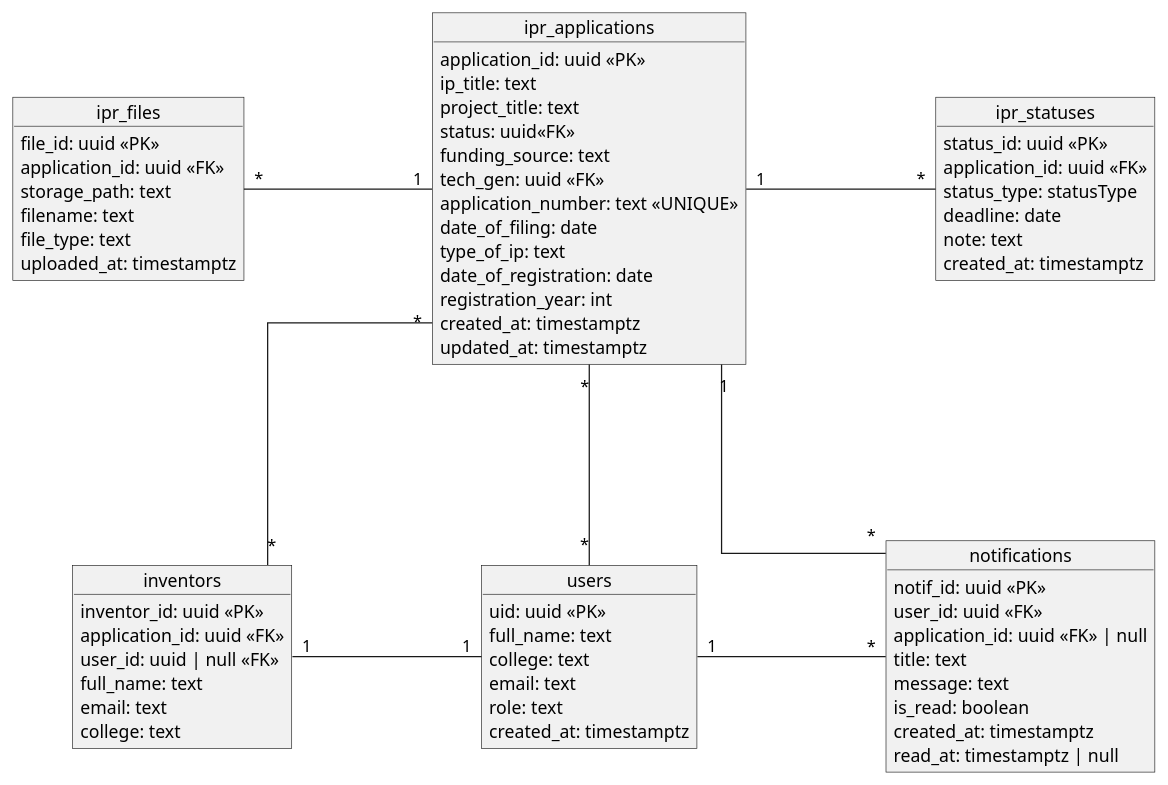
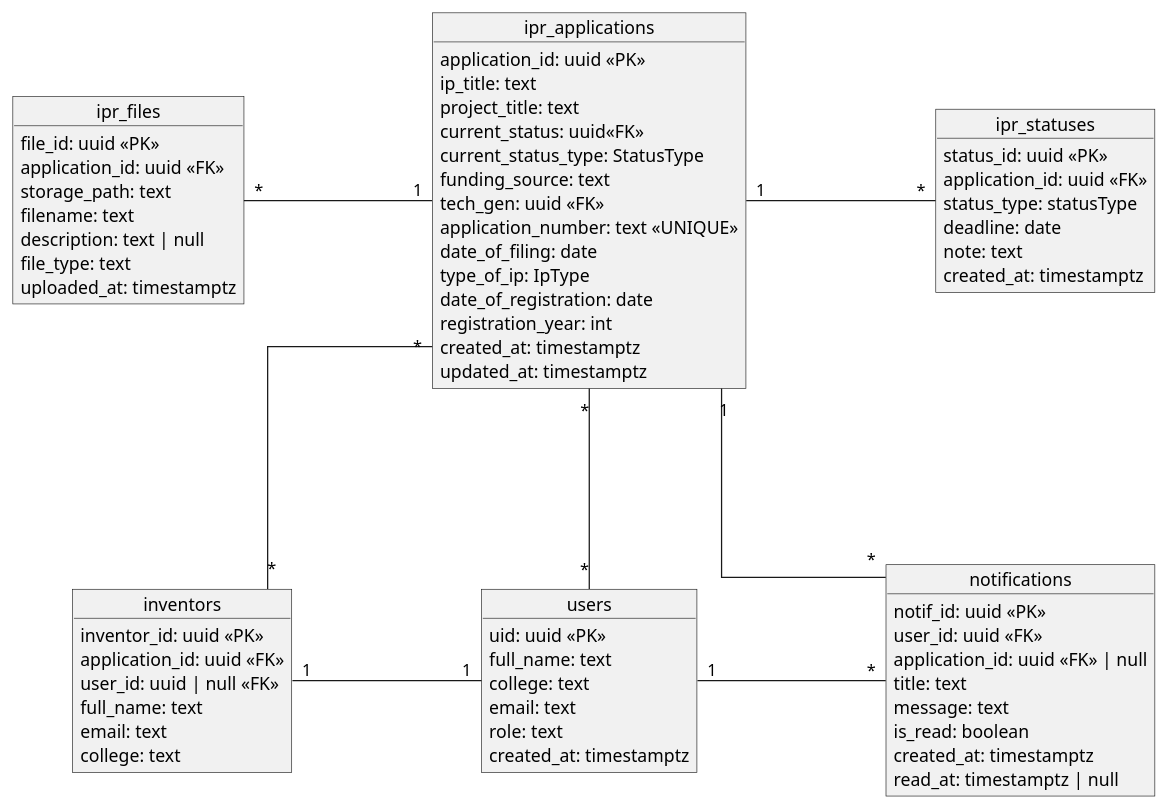
The diagram in uml diagrams code/db_design.wsd (jrolana/iris), drawn with PlantUML before and after one commit. The commit also changed 25 other files, not shown here.

```diff
--- a/uml diagrams code/db_design.wsd
+++ b/uml diagrams code/db_design.wsd
@@ -1,82 +1,85 @@
 @startuml
 
 hide circle
 skinparam objectAttributeIconSize 0
 skinparam linetype ortho
 skinparam NodeSep 150
 skinparam RankSep 140
 
 
 
 object "users" as users {
   uid: uuid <<PK>>
   full_name: text
   college: text
   email: text
   role: text
   created_at: timestamptz
 }
-
+'
 object "ipr_applications" as applications {
   application_id: uuid <<PK>>
   ip_title: text
   project_title: text
-  status: uuid<<FK>>
+  current_status: uuid<<FK>>
+  ' for easy access of type (cached)
+  current_status_type: StatusType 
   funding_source: text
   tech_gen: uuid <<FK>>
   application_number: text <<UNIQUE>>
   date_of_filing: date
-  type_of_ip: text
+  type_of_ip: IpType
   date_of_registration: date
   registration_year: int
   created_at: timestamptz
   updated_at: timestamptz
 }
 
 object "notifications" as notifs{
   notif_id: uuid <<PK>>
   user_id: uuid <<FK>>
   application_id: uuid <<FK>> | null
   title: text
   message: text
   is_read: boolean
   created_at: timestamptz
   read_at: timestamptz | null
 }
 
 object "ipr_statuses" as statuses {
   status_id: uuid <<PK>>
   application_id: uuid <<FK>>
   status_type: statusType
   deadline: date
   note: text
   created_at: timestamptz
 }
 
 object "ipr_files" as files {
   file_id: uuid <<PK>>
   application_id: uuid <<FK>>
   storage_path: text
   filename: text
+  description: text | null
   file_type: text
   uploaded_at: timestamptz
 }
 
 object "inventors" as inv {
   inventor_id: uuid <<PK>>
   application_id: uuid <<FK>>
   user_id: uuid | null <<FK>>
   full_name: text
   email: text
   college: text
 }
 
 applications "1" -left- "*" files
 users "*" -up- "*" applications
 applications "1" -right- "*" statuses
 applications "*" -- "*" inv
 applications "1" -- "*" notifs
 users "1" -right- "*" notifs
 inv "1" -right- "1" users
 
 @enduml
```
